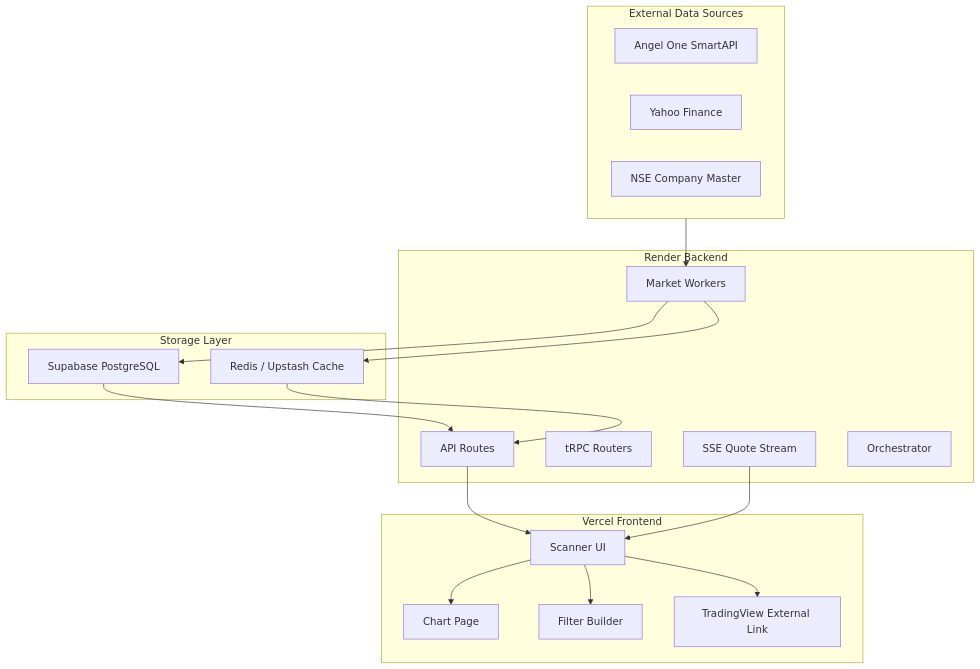
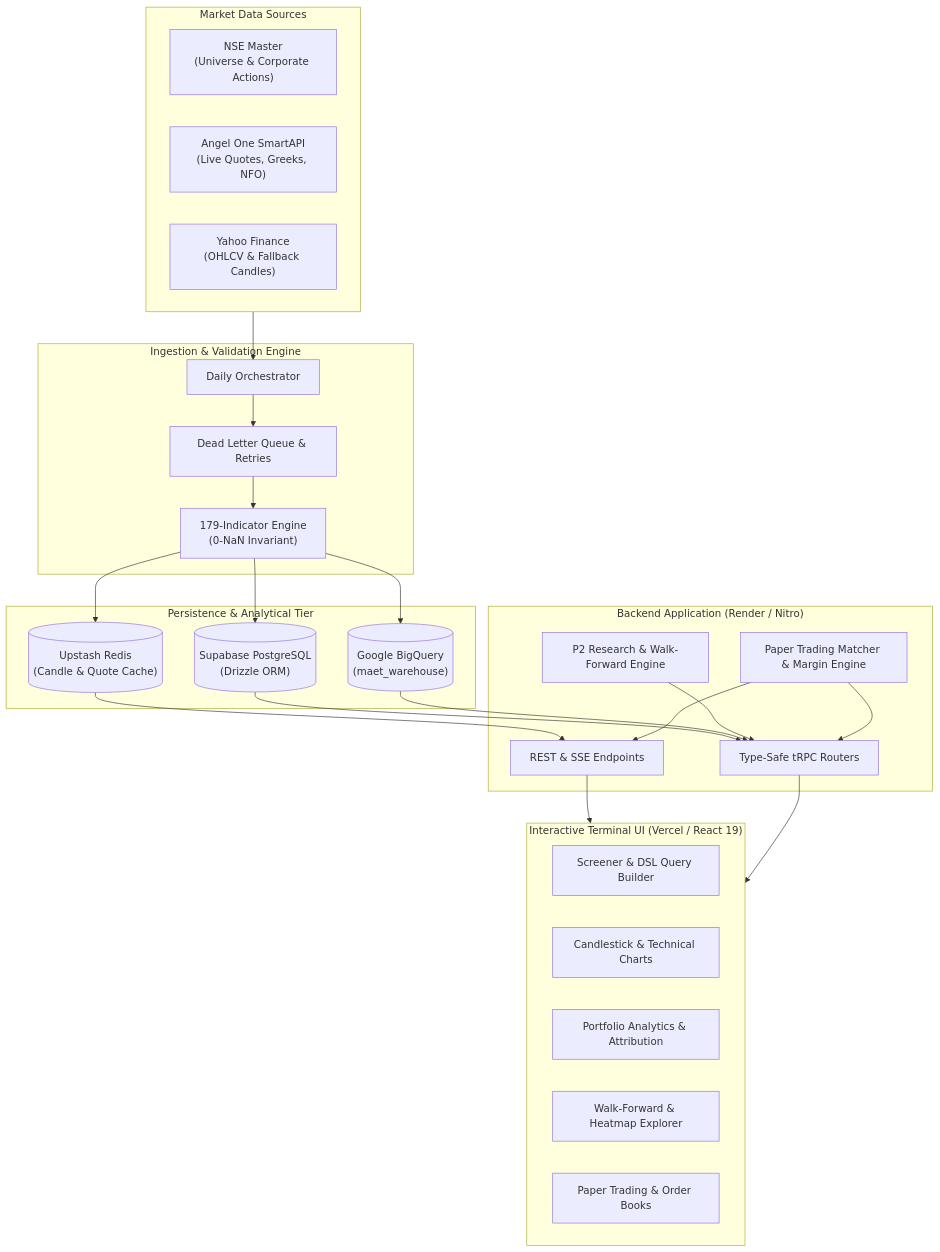
One commit to tanmay-alpha/MAET changed the diagram in README.md. Above: the diagram before and after it, drawn with Mermaid. The commit also changed other lines of this file and 3 other files, not shown here.

````diff
--- a/README.md
+++ b/README.md
@@ -119,39 +25,52 @@
 ```mermaid
 flowchart TB
-    subgraph Frontend[Vercel Frontend]
-        UI[Scanner UI]
-        Chart[Chart Page]
-        Filters[Filter Builder]
-        TV[TradingView External Link]
+    subgraph Providers["Market Data Sources"]
+        NSE["NSE Master\n(Universe & Corporate Actions)"]
+        Angel["Angel One SmartAPI\n(Live Quotes, Greeks, NFO)"]
+        Yahoo["Yahoo Finance\n(OHLCV & Fallback Candles)"]
     end
 
-    subgraph Backend[Render Backend]
-        API[API Routes]
-        TRPC[tRPC Routers]
-        SSE[SSE Quote Stream]
-        Orchestrator[Orchestrator]
-        Workers[Market Workers]
+    subgraph Ingestion["Ingestion & Validation Engine"]
+        Orchestrator["Daily Orchestrator"]
+        DLQ["Dead Letter Queue & Retries"]
+        CalcEngine["179-Indicator Engine\n(0-NaN Invariant)"]
     end
 
-    subgraph DataSources[External Data Sources]
-        Angel[Angel One SmartAPI]
-        Yahoo[Yahoo Finance]
-        NSE[NSE Company Master]
+    subgraph Storage["Persistence & Analytical Tier"]
+        DB[("Supabase PostgreSQL\n(Drizzle ORM)")]
+        BQ[("Google BigQuery\n(maet_warehouse)")]
+        Redis[("Upstash Redis\n(Candle & Quote Cache)")]
     end
 
-    subgraph Storage[Storage Layer]
-        Redis[Redis / Upstash Cache]
-        DB[Supabase PostgreSQL]
+    subgraph Backend["Backend Application (Render / Nitro)"]
+        API["REST & SSE Endpoints"]
+        TRPC["Type-Safe tRPC Routers"]
+        Research["P2 Research & Walk-Forward Engine"]
+        Paper["Paper Trading Matcher & Margin Engine"]
     end
 
-    DataSources --> Workers
-    Workers --> Redis
-    Workers --> DB
-    DB --> API
+    subgraph Frontend["Interactive Terminal UI (Vercel / React 19)"]
+        ScreenerUI["Screener & DSL Query Builder"]
+        ChartUI["Candlestick & Technical Charts"]
+        PortfolioUI["Portfolio Analytics & Attribution"]
+        WFOUI["Walk-Forward & Heatmap Explorer"]
+        TradingUI["Paper Trading & Order Books"]
+    end
+
+    Providers --> Orchestrator
+    Orchestrator --> DLQ
+    DLQ --> CalcEngine
+    CalcEngine --> DB
+    CalcEngine --> BQ
+    CalcEngine --> Redis
+
+    DB --> TRPC
+    BQ --> TRPC
     Redis --> API
-    API --> UI
-    SSE --> UI
-    UI --> Chart
-    UI --> Filters
-    UI --> TV
+    Research --> TRPC
+    Paper --> API
+    Paper --> TRPC
+
+    API --> Frontend
+    TRPC --> Frontend
 ```
````
